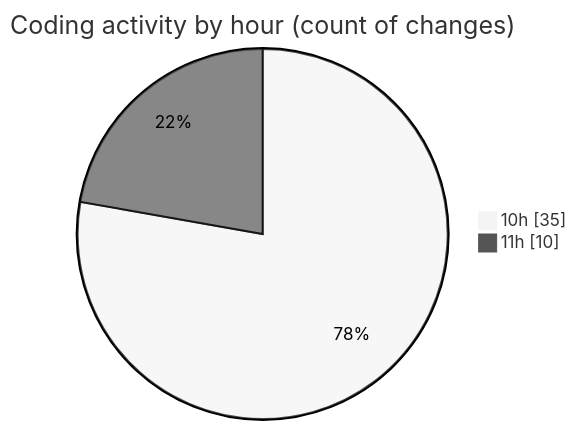
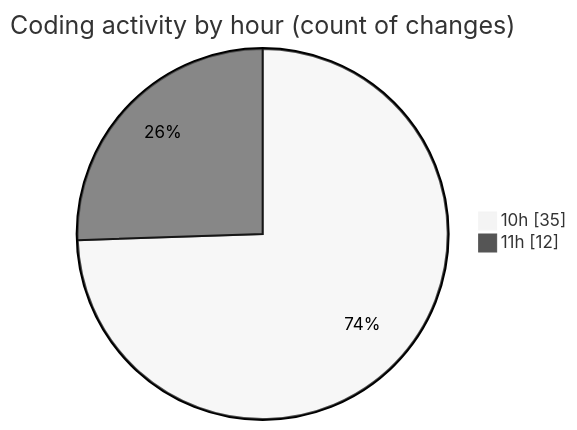
The second of 2 diagrams in 2025-03-26/cda/README.md (momahboobian/code-tracking), drawn with Mermaid (neutral theme) before and after one commit. The commit also changed other lines of this file and 1 other file, not shown here.

````diff
--- a/2025-03-26/cda/README.md
+++ b/2025-03-26/cda/README.md
@@ -50,6 +50,6 @@
 ```mermaid
 pie showData
 title Coding activity by hour (count of changes)
 "10h" : 35
-"11h" : 10
+"11h" : 12
 ```
````
